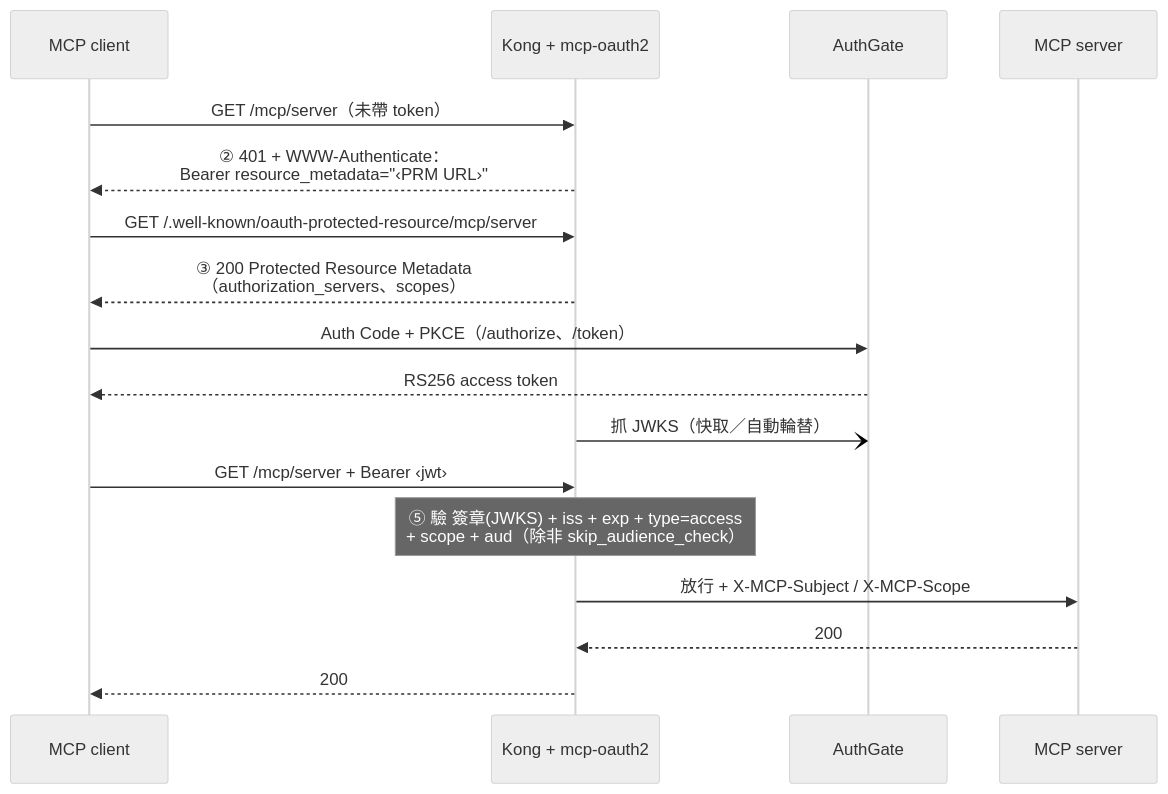
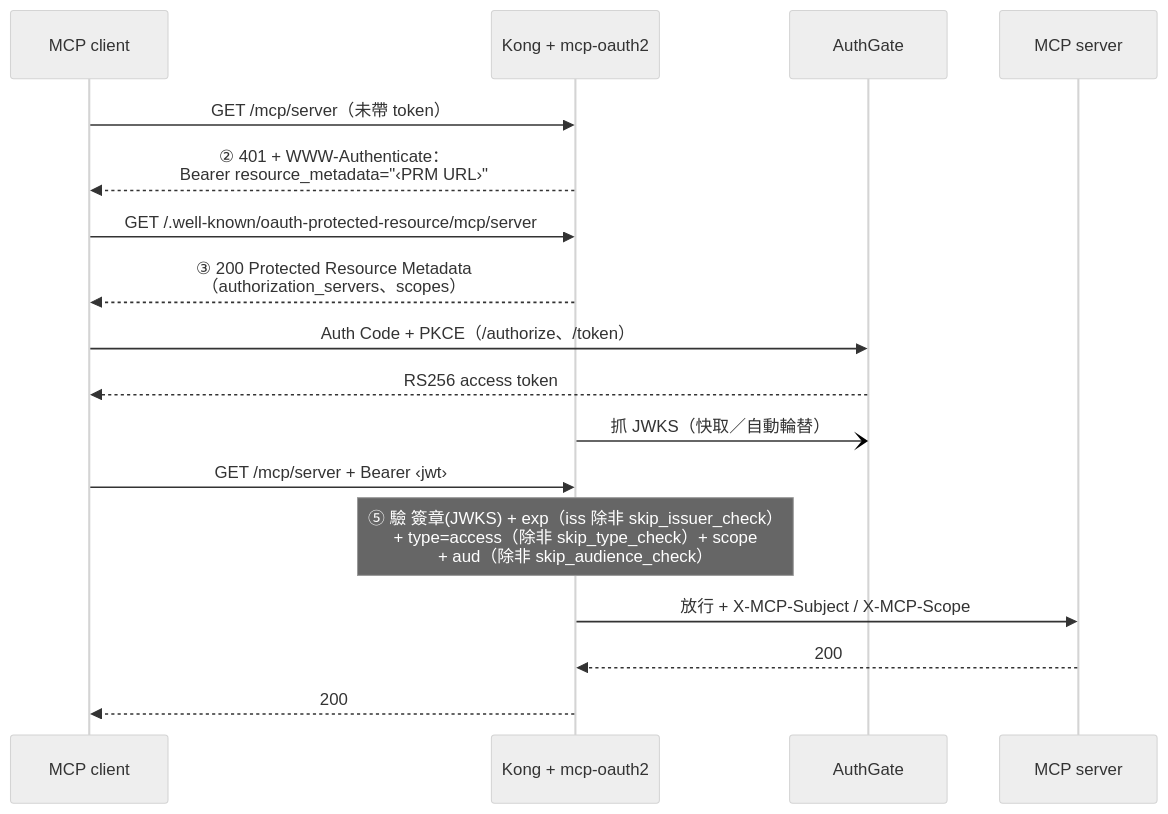
The second of 2 diagrams in README.zh-TW.md (go-authgate/kong-mcp-oauth2), drawn with Mermaid (neutral theme) before and after one commit. The commit also changed other lines of this file and 3 other files, not shown here.

````diff
--- a/README.zh-TW.md
+++ b/README.zh-TW.md
@@ -56,20 +56,20 @@
 ```mermaid
 sequenceDiagram
     participant C as MCP client
     participant K as Kong + mcp-oauth2
     participant A as AuthGate
     participant M as MCP server
 
     C->>K: GET /mcp/server（未帶 token）
     K-->>C: ② 401 + WWW-Authenticate：<br/>Bearer resource_metadata="‹PRM URL›"
     C->>K: GET /.well-known/oauth-protected-resource/mcp/server
     K-->>C: ③ 200 Protected Resource Metadata<br/>（authorization_servers、scopes）
     C->>A: Auth Code + PKCE（/authorize、/token）
     A-->>C: RS256 access token
     K-)A: 抓 JWKS（快取／自動輪替）
     C->>K: GET /mcp/server + Bearer ‹jwt›
-    Note over K: ⑤ 驗 簽章(JWKS) + iss + exp + type=access<br/>+ scope + aud（除非 skip_audience_check）
+    Note over K: ⑤ 驗 簽章(JWKS) + exp（iss 除非 skip_issuer_check）<br/>+ type=access（除非 skip_type_check）+ scope<br/>+ aud（除非 skip_audience_check）
     K->>M: 放行 + X-MCP-Subject / X-MCP-Scope
     M-->>K: 200
     K-->>C: 200
 ```
````
